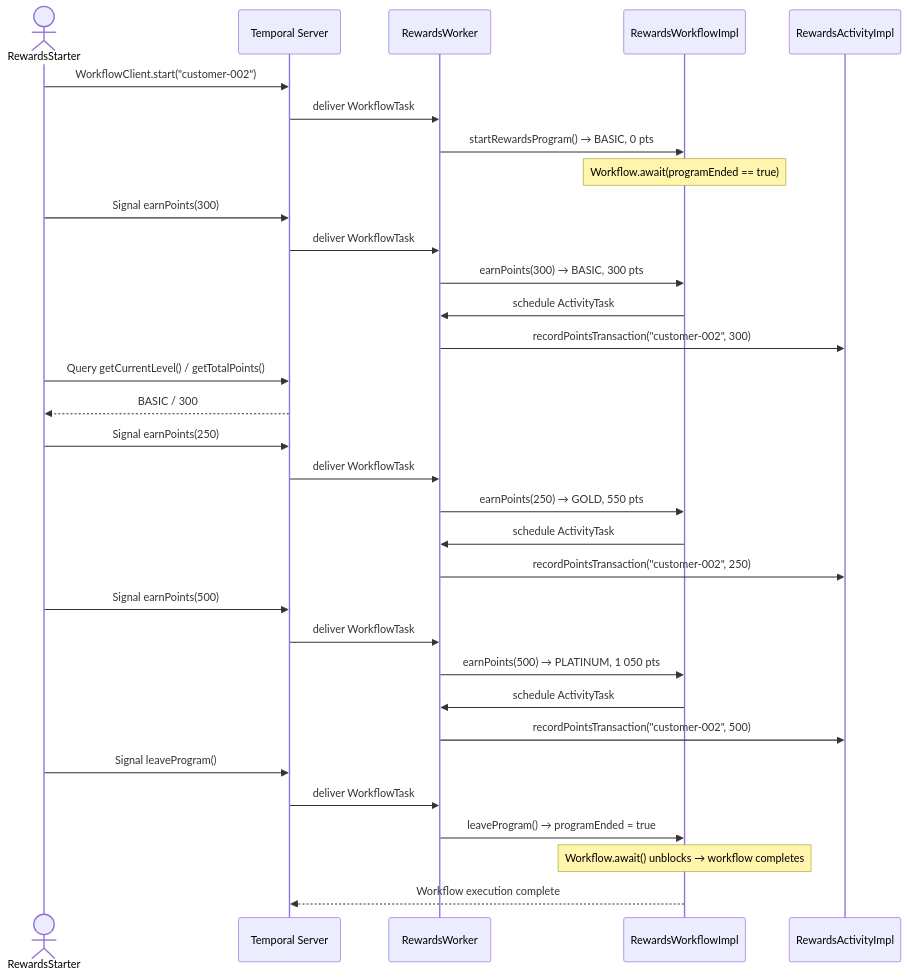
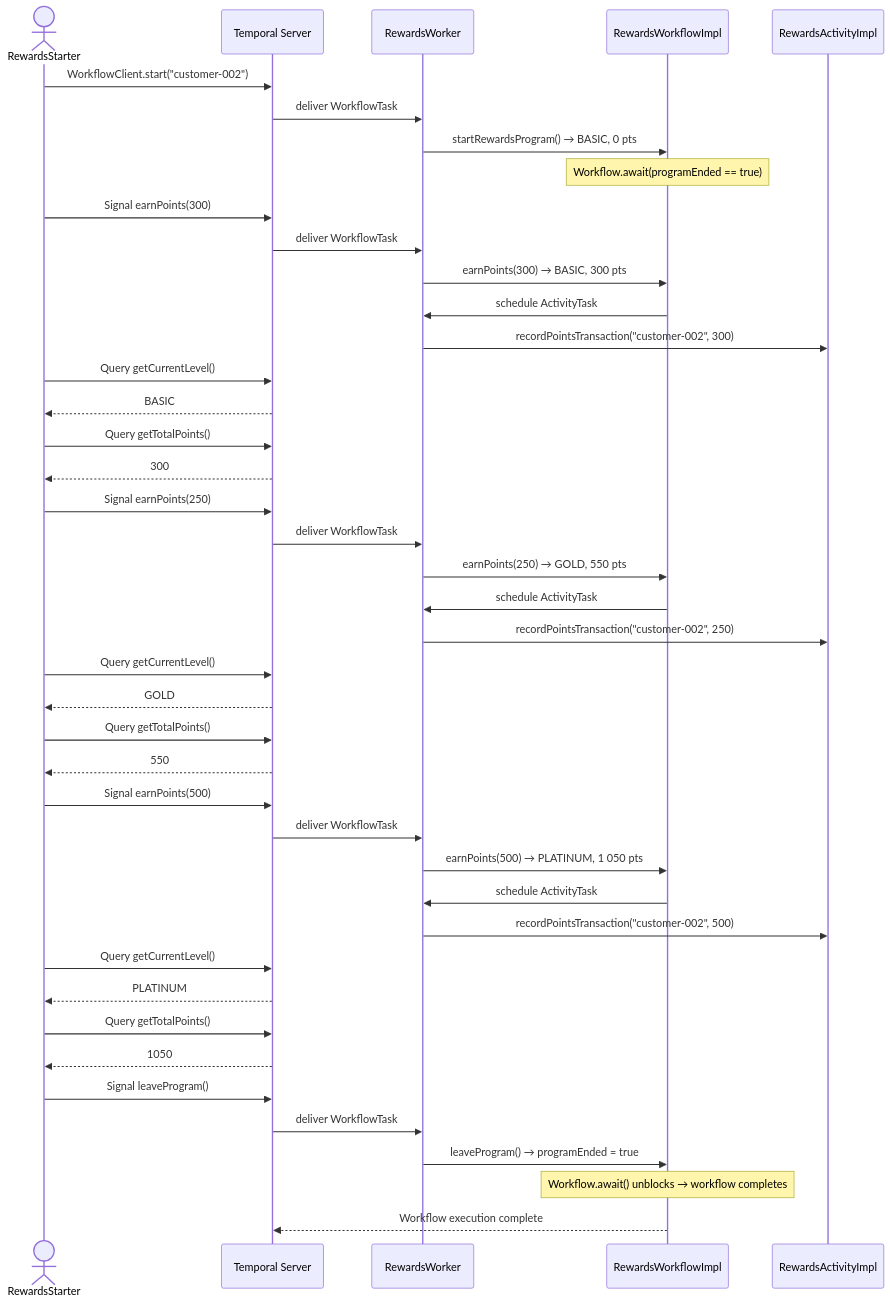
The second of 3 diagrams in README.md (pravinbhat/temporal_rewards_program_demo), drawn with Mermaid before and after one commit. The commit also changed other lines of this file, not shown here.

````diff
--- a/README.md
+++ b/README.md
@@ -179,40 +179,52 @@
 ```mermaid
 sequenceDiagram
     actor S as RewardsStarter
     participant T as Temporal Server
     participant W as RewardsWorker
     participant WF as RewardsWorkflowImpl
     participant A as RewardsActivityImpl
 
     S->>T: WorkflowClient.start("customer-002")
     T->>W: deliver WorkflowTask
     W->>WF: startRewardsProgram() → BASIC, 0 pts
     Note over WF: Workflow.await(programEnded == true)
 
     S->>T: Signal earnPoints(300)
     T->>W: deliver WorkflowTask
     W->>WF: earnPoints(300) → BASIC, 300 pts
     WF->>W: schedule ActivityTask
     W->>A: recordPointsTransaction("customer-002", 300)
 
-    S->>T: Query getCurrentLevel() / getTotalPoints()
-    T-->>S: BASIC / 300
+    S->>T: Query getCurrentLevel()
+    T-->>S: BASIC
+    S->>T: Query getTotalPoints()
+    T-->>S: 300
 
     S->>T: Signal earnPoints(250)
     T->>W: deliver WorkflowTask
     W->>WF: earnPoints(250) → GOLD, 550 pts
     WF->>W: schedule ActivityTask
     W->>A: recordPointsTransaction("customer-002", 250)
 
+    S->>T: Query getCurrentLevel()
+    T-->>S: GOLD
+    S->>T: Query getTotalPoints()
+    T-->>S: 550
+
     S->>T: Signal earnPoints(500)
     T->>W: deliver WorkflowTask
     W->>WF: earnPoints(500) → PLATINUM, 1 050 pts
     WF->>W: schedule ActivityTask
     W->>A: recordPointsTransaction("customer-002", 500)
+
+    S->>T: Query getCurrentLevel()
+    T-->>S: PLATINUM
+    S->>T: Query getTotalPoints()
+    T-->>S: 1050
 
     S->>T: Signal leaveProgram()
     T->>W: deliver WorkflowTask
     W->>WF: leaveProgram() → programEnded = true
     Note over WF: Workflow.await() unblocks → workflow completes
     WF-->>T: Workflow execution complete
 ```
````
